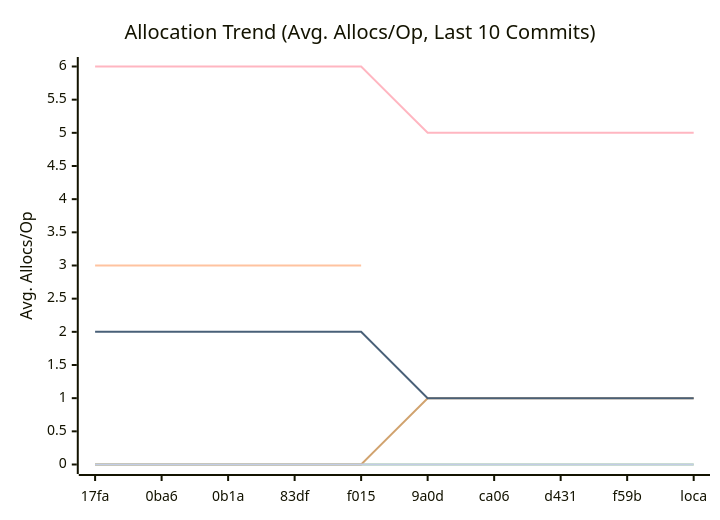
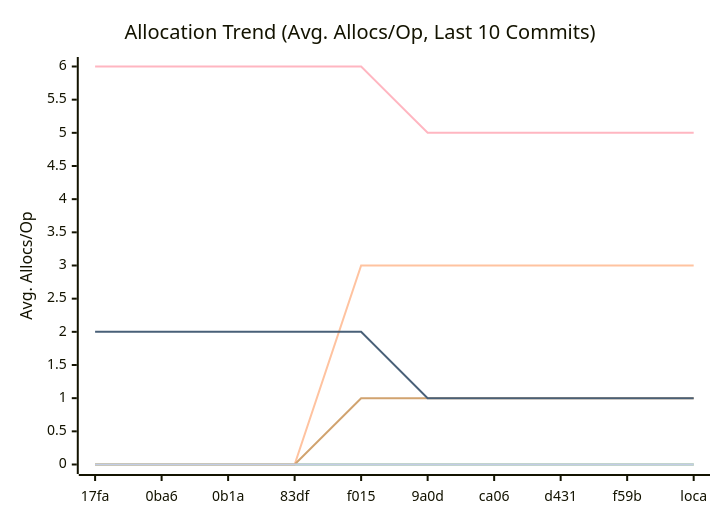
Before and after one commit to alsotoes/momo: the third of 3 diagrams in docs/PERFORMANCE.md, drawn with Mermaid. The commit also changed other lines of this file and 2 other files, not shown here.

````diff
--- a/docs/PERFORMANCE.md
+++ b/docs/PERFORMANCE.md
@@ -112,16 +114,16 @@
 ```mermaid
 xychart-beta
     title "Allocation Trend (Avg. Allocs/Op, Last 10 Commits)"
     x-axis "Commit"
     y-axis "Avg. Allocs/Op"
     x-axis [17fa,0ba6,0b1a,83df,f015,9a0d,ca06,d431,f59b,loca]
     line "CheckMetricsAndSwap" [0,0,0,0,0,0,0,0,0,0]
-    line "CrushOptimized" [0,0,0,0,0]
-    line "CrushOriginal" [3,3,3,3,3]
+    line "CrushOptimized" [0,0,0,0,0,0,0,0,0,0]
+    line "CrushOriginal" [0,0,0,0,3,3,3,3,3,3]
     line "IndexDirectTracking" [0,0,0,0,0,0,0,0,0,0]
     line "IndexSearch" [0,0,0,0,0,0,0,0,0,0]
-    line "LoadGlobalConfig" [0,0,0,0,0,1,1,1,1,1]
+    line "LoadGlobalConfig" [0,0,0,0,1,1,1,1,1,1]
     line "PadString" [0,0,0,0,0,0,0,0,0,0]
     line "ParseReplicationOrder_NoPrealloc" [6,6,6,6,6,5,5,5,5,5]
     line "ParseReplicationOrder_Prealloc" [2,2,2,2,2,1,1,1,1,1]
 ```
````
